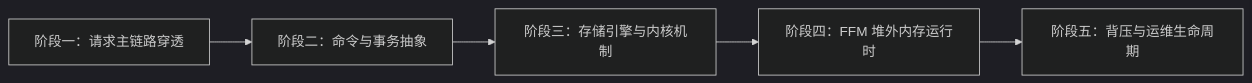
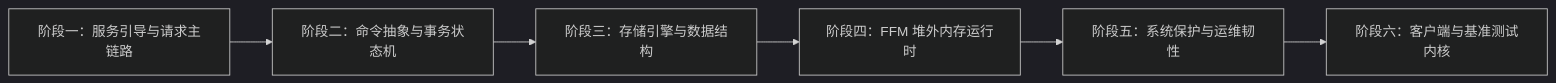
One commit to skt-shinyruo/Yierdis changed the third of 3 diagrams in docs/project-docs/source-reading-guide.md. Above: the diagram before and after it, drawn with Mermaid (dark theme). The commit also changed other lines of this file, not shown here.

````diff
--- a/docs/project-docs/source-reading-guide.md
+++ b/docs/project-docs/source-reading-guide.md
@@ -44,7 +113,8 @@
 ```mermaid
 flowchart LR
-    P1["阶段一：请求主链路穿透"] --> P2["阶段二：命令与事务抽象"]
-    P2 --> P3["阶段三：存储引擎与内核机制"]
+    P1["阶段一：服务引导与请求主链路"] --> P2["阶段二：命令抽象与事务状态机"]
+    P2 --> P3["阶段三：存储引擎与数据结构"]
     P3 --> P4["阶段四：FFM 堆外内存运行时"]
-    P4 --> P5["阶段五：背压与运维生命周期"]
+    P4 --> P5["阶段五：系统保护与运维韧性"]
+    P5 --> P6["阶段六：客户端与基准测试内核"]
 ```
````
